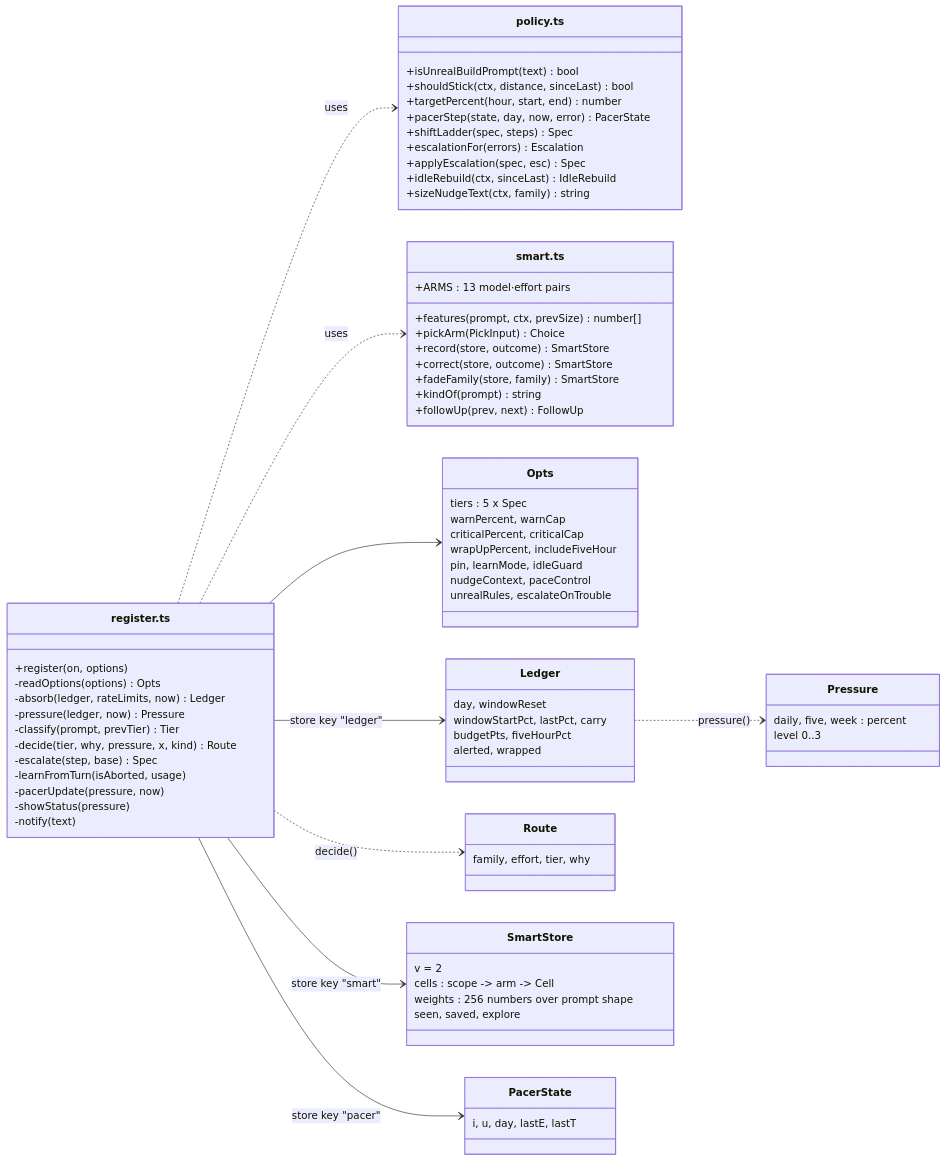
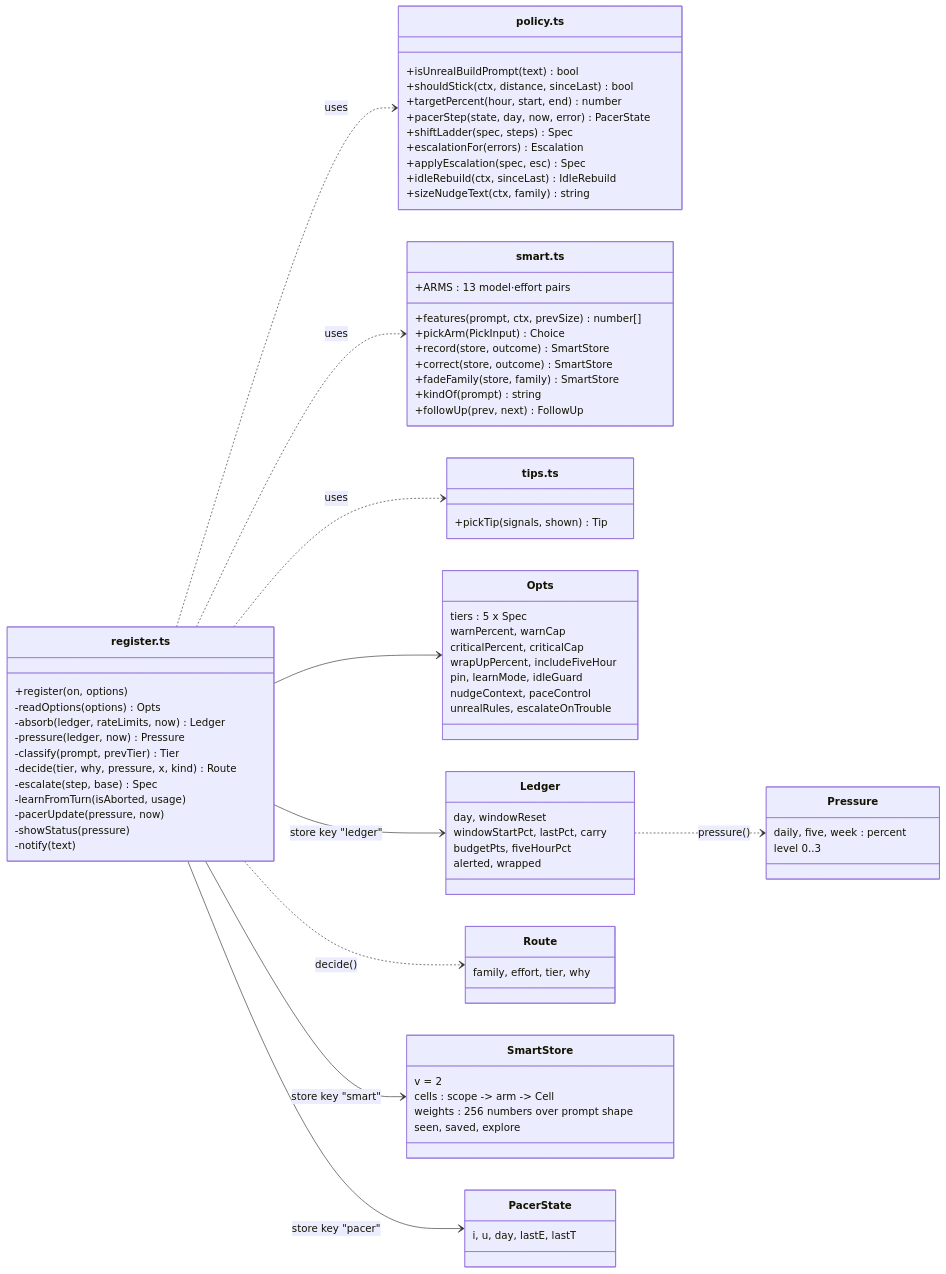
The second of 6 diagrams in plugins/budget-router/ARCHITECTURE.md (ValhalaStudio/budget-router-kit), drawn with Mermaid before and after one commit. The commit also changed other lines of this file and 11 other files, not shown here.

````diff
--- a/plugins/budget-router/ARCHITECTURE.md
+++ b/plugins/budget-router/ARCHITECTURE.md
@@ -45,77 +48,81 @@
 ```mermaid
 classDiagram
   direction LR
   class Register["register.ts"] {
     +register(on, options)
     -readOptions(options) Opts
     -absorb(ledger, rateLimits, now) Ledger
     -pressure(ledger, now) Pressure
     -classify(prompt, prevTier) Tier
     -decide(tier, why, pressure, x, kind) Route
     -escalate(step, base) Spec
     -learnFromTurn(isAborted, usage)
     -pacerUpdate(pressure, now)
     -showStatus(pressure)
     -notify(text)
   }
   class Policy["policy.ts"] {
     +isUnrealBuildPrompt(text) bool
     +shouldStick(ctx, distance, sinceLast) bool
     +targetPercent(hour, start, end) number
     +pacerStep(state, day, now, error) PacerState
     +shiftLadder(spec, steps) Spec
     +escalationFor(errors) Escalation
     +applyEscalation(spec, esc) Spec
     +idleRebuild(ctx, sinceLast) IdleRebuild
     +sizeNudgeText(ctx, family) string
   }
   class Smart["smart.ts"] {
     +ARMS : 13 model·effort pairs
     +features(prompt, ctx, prevSize) number[]
     +pickArm(PickInput) Choice
     +record(store, outcome) SmartStore
     +correct(store, outcome) SmartStore
     +fadeFamily(store, family) SmartStore
     +kindOf(prompt) string
     +followUp(prev, next) FollowUp
   }
+  class Tips["tips.ts"] {
+    +pickTip(signals, shown) Tip
+  }
   class Opts {
     tiers : 5 x Spec
     warnPercent, warnCap
     criticalPercent, criticalCap
     wrapUpPercent, includeFiveHour
     pin, learnMode, idleGuard
     nudgeContext, paceControl
     unrealRules, escalateOnTrouble
   }
   class Ledger {
     day, windowReset
     windowStartPct, lastPct, carry
     budgetPts, fiveHourPct
     alerted, wrapped
   }
   class Pressure {
     daily, five, week : percent
     level 0..3
   }
   class Route {
     family, effort, tier, why
   }
   class SmartStore {
     v = 2
     cells : scope -> arm -> Cell
     weights : 256 numbers over prompt shape
     seen, saved, explore
   }
   class PacerState {
     i, u, day, lastE, lastT
   }
   Register ..> Policy : uses
   Register ..> Smart : uses
+  Register ..> Tips : uses
   Register --> Opts
   Register --> Ledger : store key "ledger"
   Register --> SmartStore : store key "smart"
   Register --> PacerState : store key "pacer"
   Ledger ..> Pressure : pressure()
   Register ..> Route : decide()
 ```
````
